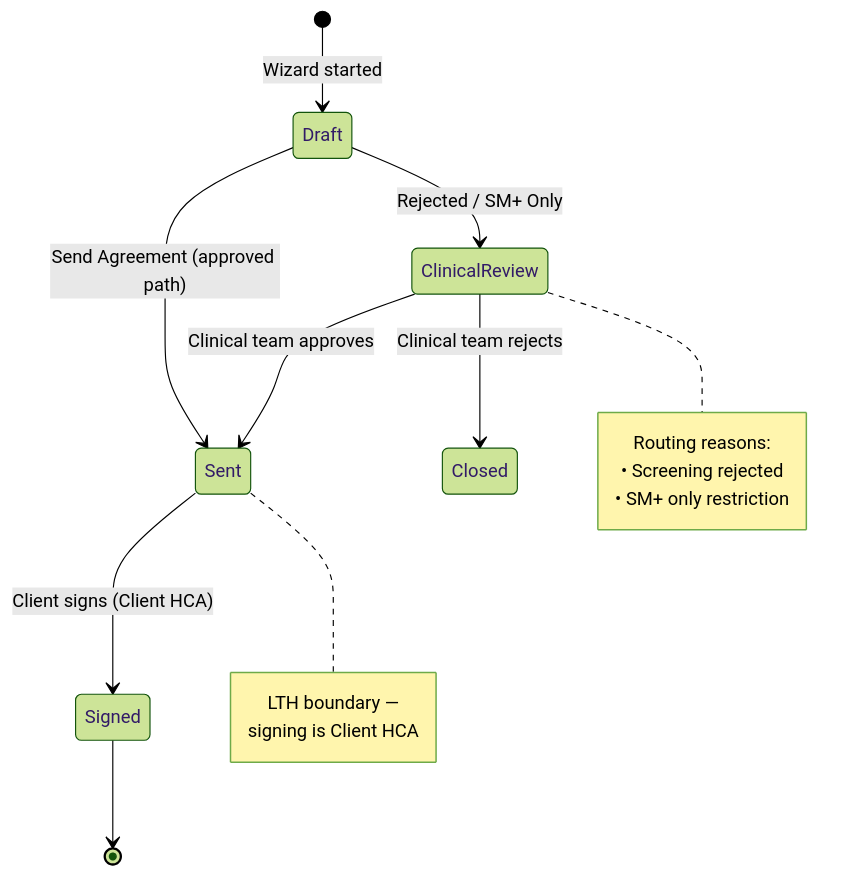
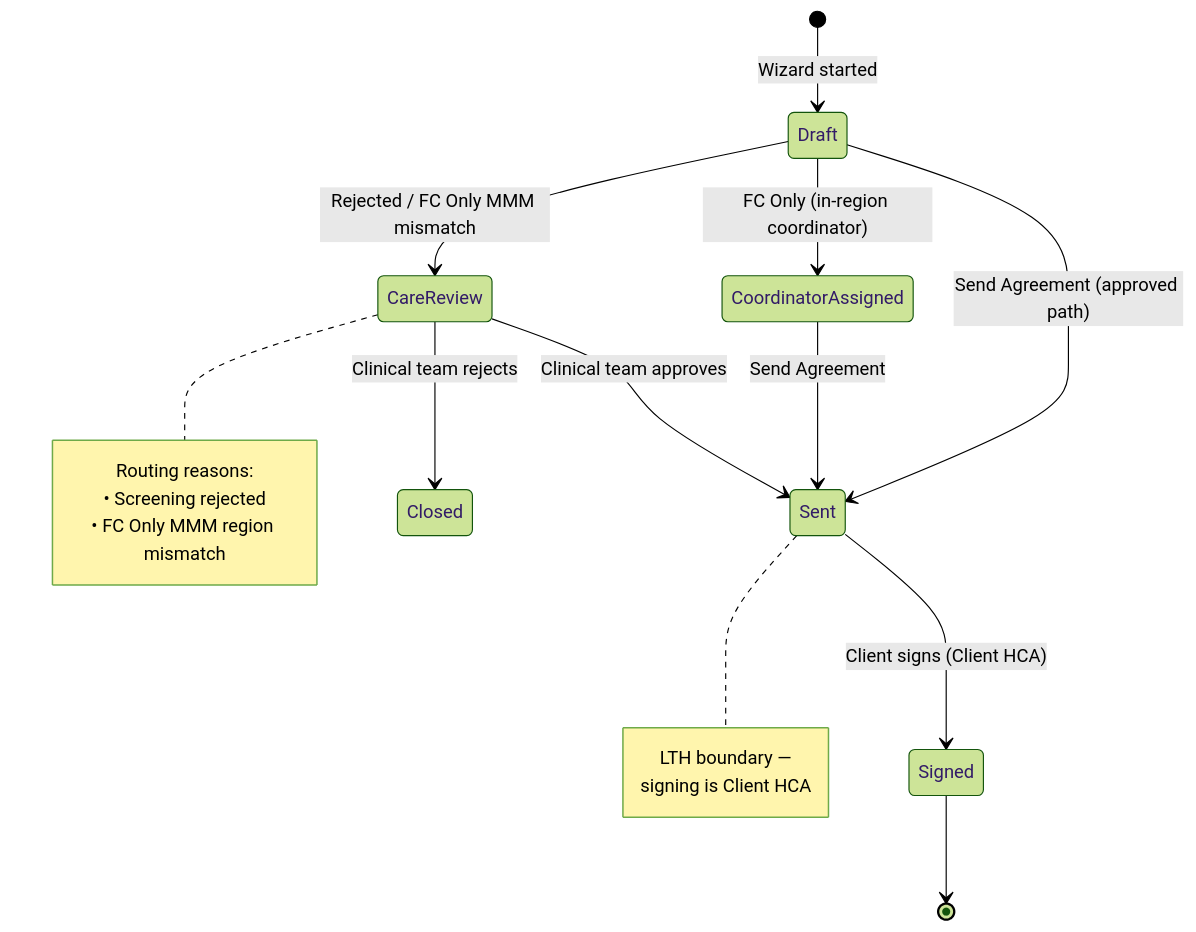
The fifth of 5 diagrams in content/initiatives/Consumer-Lifecycle/Lead-To-HCA/spec.md (willwhitelaw94/SDD), drawn with Mermaid (forest theme) before and after one commit. The commit also changed other lines of this file and 1 other file, not shown here.

First line of the commit message:
docs: Clarify Care Plan creation ownership between LTH and Client HCA

````diff
--- a/content/initiatives/Consumer-Lifecycle/Lead-To-HCA/spec.md
+++ b/content/initiatives/Consumer-Lifecycle/Lead-To-HCA/spec.md
@@ -340,21 +388,23 @@
 ```mermaid
 stateDiagram-v2
     [*] --> Draft : Wizard started
     Draft --> Sent : Send Agreement (approved path)
-    Draft --> ClinicalReview : Rejected / SM+ Only
-    ClinicalReview --> Sent : Clinical team approves
-    ClinicalReview --> Closed : Clinical team rejects
+    Draft --> CareReview : Rejected / FC Only MMM mismatch
+    Draft --> CoordinatorAssigned : FC Only (in-region coordinator)
+    CoordinatorAssigned --> Sent : Send Agreement
+    CareReview --> Sent : Clinical team approves
+    CareReview --> Closed : Clinical team rejects
     Sent --> Signed : Client signs (Client HCA)
     Signed --> [*]
 
-    note right of ClinicalReview
+    note right of CareReview
         Routing reasons:
         • Screening rejected
-        • SM+ only restriction
+        • FC Only MMM region mismatch
     end note
 
     note right of Sent
         LTH boundary —
         signing is Client HCA
     end note
 ```
````
